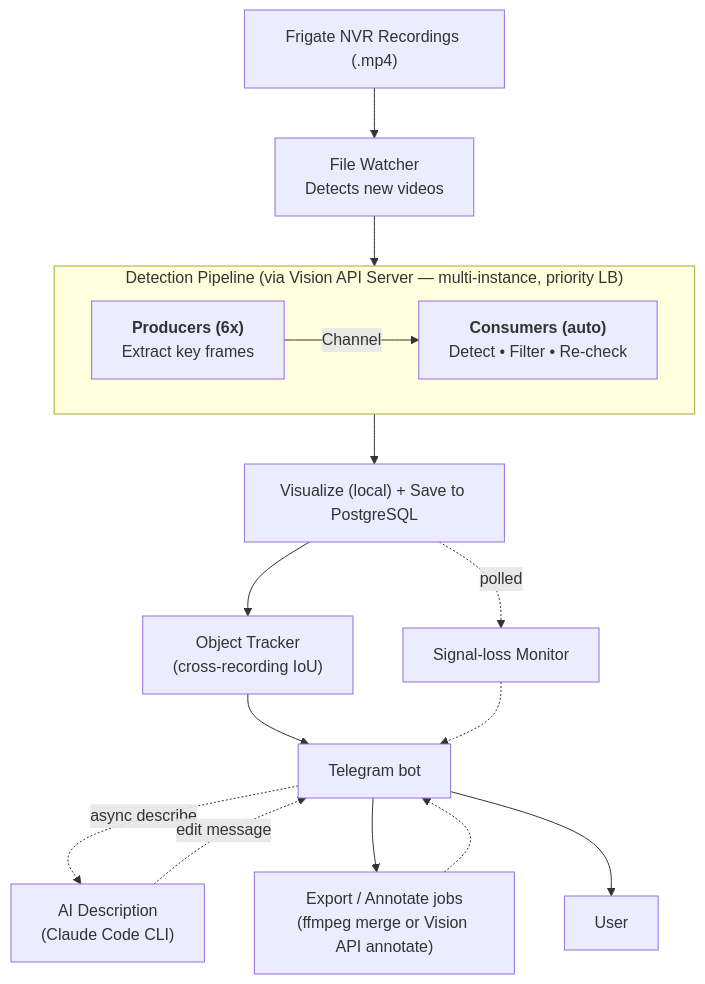
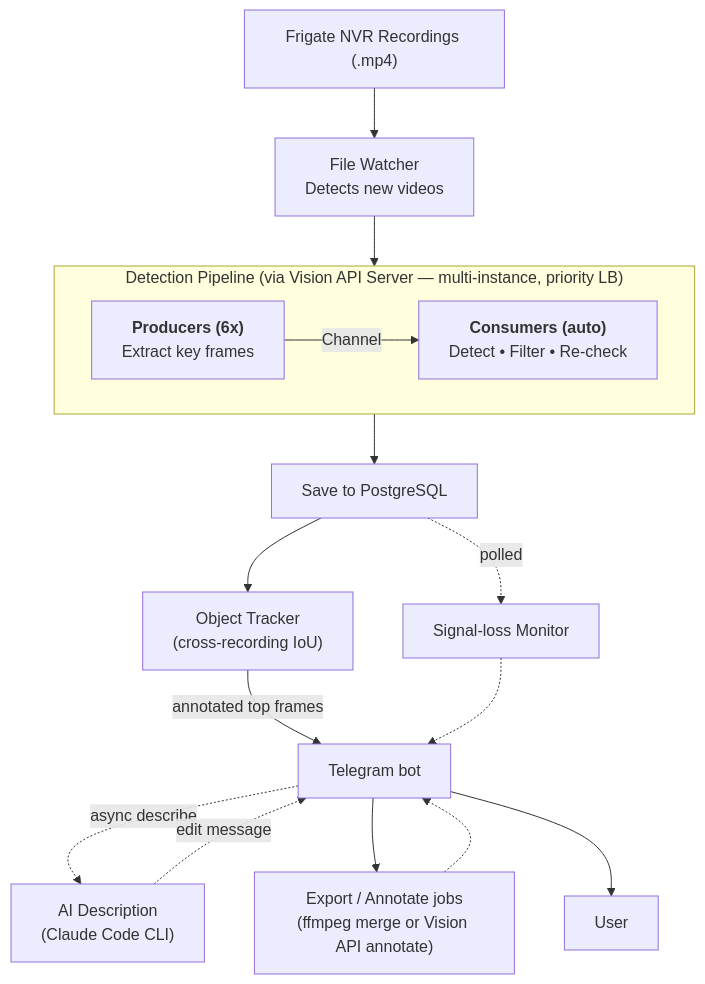
One commit to zinin/frigate-analyzer changed the diagram in README.md. Above: the diagram before and after it, drawn with Mermaid.

Commit message:
docs(readme): split annotate from save in How It Works diagram
Per user feedback: "Visualize (local) + Save to PostgreSQL" mixed
two unrelated operations into one node. Annotate top frames exists
to prepare the Telegram message; Save lands recordings + detections
in DB — different goals.

- Rename node to "Save to PostgreSQL" (single responsibility).
- Move frame annotation into the edge label between Object Tracker
  and Telegram Bot ("annotated top frames") — visually conveys that
  annotation happens on the path to the notification, not as part
  of DB persistence.

````diff
--- a/README.md
+++ b/README.md
@@ -7,24 +7,24 @@
 ```mermaid
 graph TD
     A["Frigate NVR Recordings (.mp4)"] --> B["File Watcher<br/>Detects new videos"]
     B --> C
 
     subgraph C ["Detection Pipeline (via Vision API Server — multi-instance, priority LB)"]
         direction LR
         P["<b>Producers (6x)</b><br/>Extract key frames"] -- "Channel" --> Q["<b>Consumers (auto)</b><br/>Detect • Filter • Re-check"]
     end
 
-    C --> D["Visualize (local) + Save to PostgreSQL"]
+    C --> D["Save to PostgreSQL"]
     D --> E["Object Tracker<br/>(cross-recording IoU)"]
-    E --> F["Telegram bot"]
+    E -- "annotated top frames" --> F["Telegram bot"]
 
     D -. "polled" .-> SL["Signal-loss Monitor"]
     SL -.-> F
 
     F -. "async describe" .-> AI["AI Description<br/>(Claude Code CLI)"]
     AI -. "edit message" .-> F
 
     F --> EX["Export / Annotate jobs<br/>(ffmpeg merge or Vision API annotate)"]
     EX -.-> F
     F --> U["User"]
 ```
````
